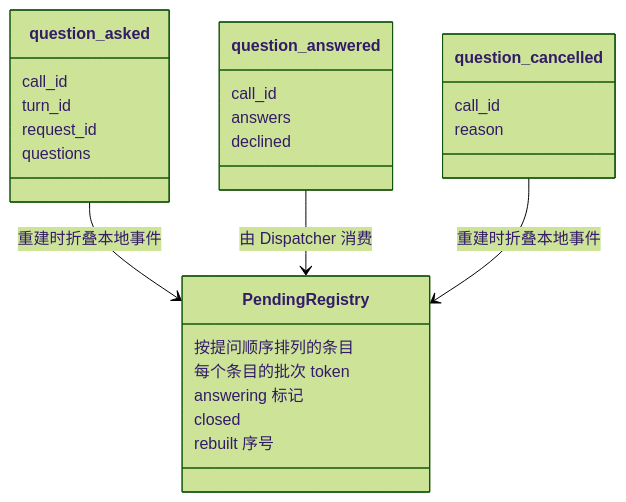
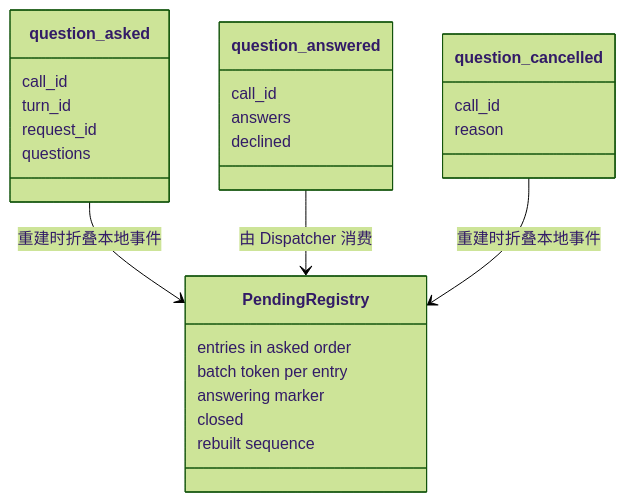
The second of 6 diagrams in docs/zh/design/plugins/Questions.md (CoutinhoTTS/dim-agent), drawn with Mermaid (forest theme) before and after one commit. The commit also changed other lines of this file and 18 other files, not shown here.

````diff
--- a/docs/zh/design/plugins/Questions.md
+++ b/docs/zh/design/plugins/Questions.md
@@ -49,28 +49,28 @@
 ```mermaid
 classDiagram
   class question_asked {
     call_id
     turn_id
     request_id
     questions
   }
   class question_answered {
     call_id
     answers
     declined
   }
   class question_cancelled {
     call_id
     reason
   }
   class PendingRegistry {
-    按提问顺序排列的条目
-    每个条目的批次 token
-    answering 标记
+    entries in asked order
+    batch token per entry
+    answering marker
     closed
-    rebuilt 序号
+    rebuilt sequence
   }
   question_asked --> PendingRegistry : 重建时折叠本地事件
   question_answered --> PendingRegistry : 由 Dispatcher 消费
   question_cancelled --> PendingRegistry : 重建时折叠本地事件
 ```
````
